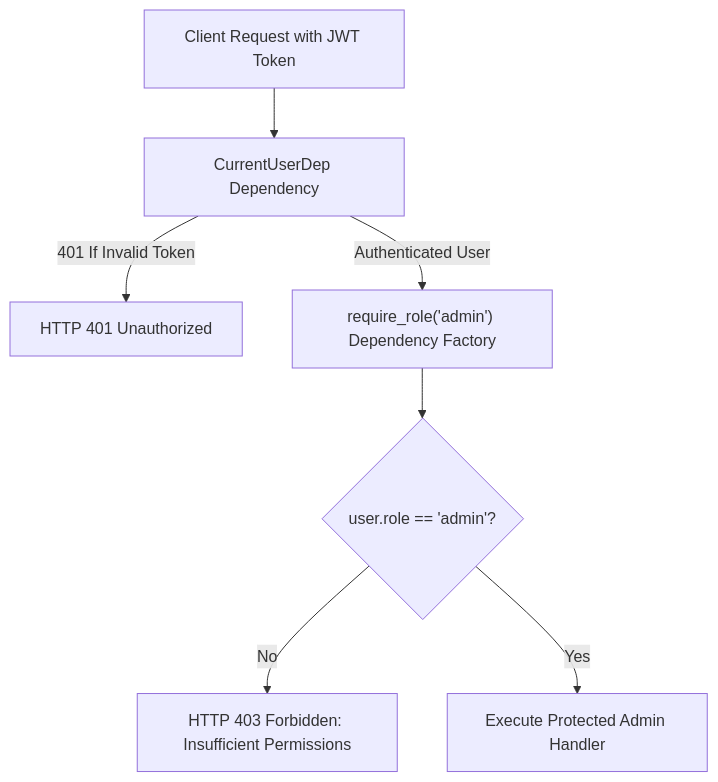
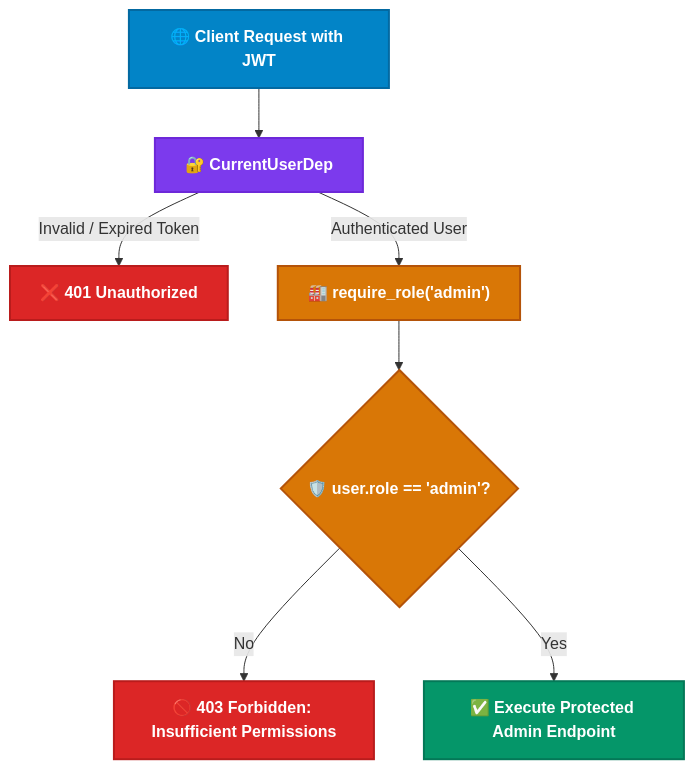
One commit to himanshu-jadhav108/FastAPI-Mastery changed the diagram in 09_authorization_roles/README.md. Above: the diagram before and after it, drawn with Mermaid. The commit also changed 6 other files, not shown here.

Commit message:
docs: add modern high-contrast color palettes and badges to mermaid architecture diagrams

````diff
--- a/09_authorization_roles/README.md
+++ b/09_authorization_roles/README.md
@@ -20,9 +20,15 @@
 ```mermaid
 flowchart TD
-    Req[Client Request with JWT Token] --> Auth[CurrentUserDep Dependency]
-    Auth -->|401 If Invalid Token| Err1[HTTP 401 Unauthorized]
-    Auth -->|Authenticated User| Factory["require_role('admin') Dependency Factory"]
-    Factory --> Check{user.role == 'admin'?}
-    Check -->|No| Err2[HTTP 403 Forbidden: Insufficient Permissions]
-    Check -->|Yes| Route[Execute Protected Admin Handler]
+    classDef clientStyle fill:#0284c7,stroke:#0369a1,stroke-width:2px,color:#ffffff,font-weight:bold;
+    classDef authStyle fill:#7c3aed,stroke:#6d28d9,stroke-width:2px,color:#ffffff,font-weight:bold;
+    classDef checkStyle fill:#d97706,stroke:#b45309,stroke-width:2px,color:#ffffff,font-weight:bold;
+    classDef errStyle fill:#dc2626,stroke:#b91c1c,stroke-width:2px,color:#ffffff,font-weight:bold;
+    classDef passStyle fill:#059669,stroke:#047857,stroke-width:2px,color:#ffffff,font-weight:bold;
+
+    Req["🌐 Client Request with JWT"]:::clientStyle --> Auth["🔐 CurrentUserDep"]:::authStyle
+    Auth -->|Invalid / Expired Token| Err1["❌ 401 Unauthorized"]:::errStyle
+    Auth -->|Authenticated User| Factory["🏭 require_role('admin')"]:::checkStyle
+    Factory --> Check{"🛡️ user.role == 'admin'?"}:::checkStyle
+    Check -->|No| Err2["🚫 403 Forbidden: Insufficient Permissions"]:::errStyle
+    Check -->|Yes| Route["✅ Execute Protected Admin Endpoint"]:::passStyle
 ```
````
